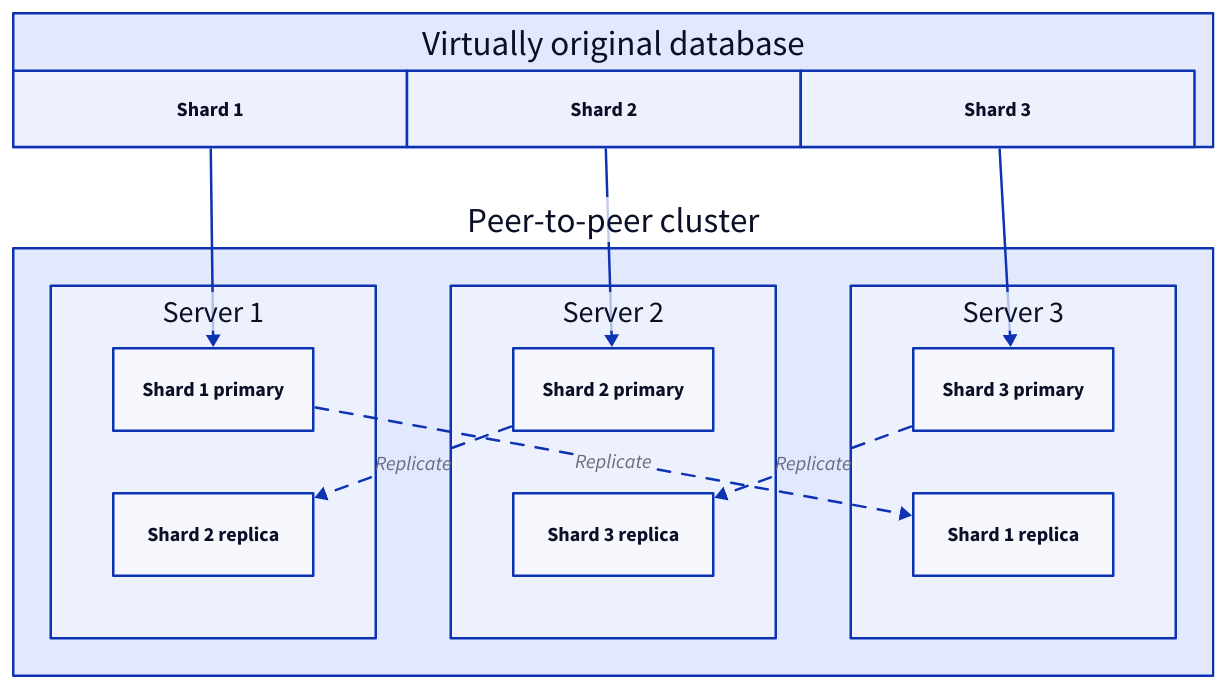
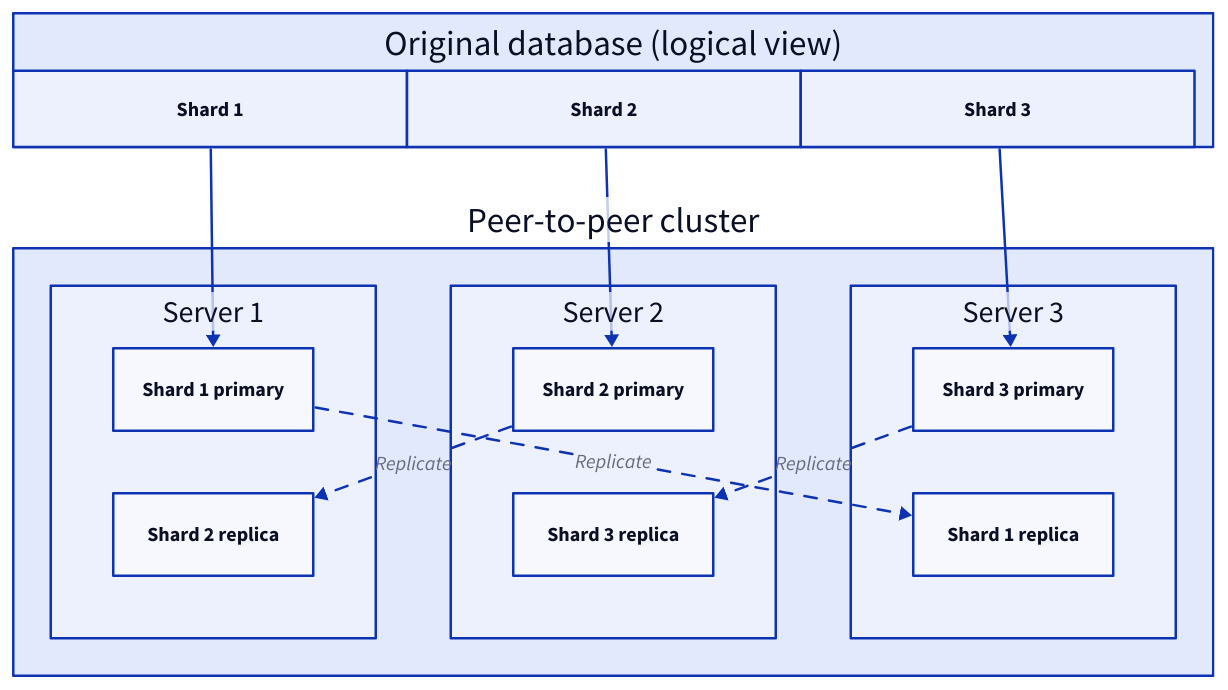
One commit to link1905/system-design-101 changed the third of 10 diagrams in content/data-persistence/distributed-database/peer-to-peer-architecture/_index.md. Above: the diagram before and after it, drawn with D2. The commit also changed other lines of this file and 42 other files, not shown here.

````diff
--- a/content/data-persistence/distributed-database/peer-to-peer-architecture/_index.md
+++ b/content/data-persistence/distributed-database/peer-to-peer-architecture/_index.md
@@ -241,67 +241,67 @@
 ```d2
 classes: {
   part: {
       width: 315
   }
 }
 grid-columns: 1
-db: Virtually original database {
+db: Original database (logical view) {
   direction: right
   grid-gap: 0
   grid-columns: 3
   p1: Shard 1 {
     class: part
   }
   p2: Shard 2 {
     class: part
   }
   p3: Shard 3 {
     class: part
   }
 }
 
 peer: Peer-to-peer cluster {
   s1: "Server 1" {
     grid-gap: 50
     grid-columns: 1
     p1: Shard 1 primary {
       class: db
     }
     p2: Shard 2 replica {
       class: db
     }
   }
   s2: "Server 2" {
     grid-gap: 50
     grid-columns: 1
     p1: Shard 2 primary {
       class: db
     }
     p2: Shard 3 replica {
       class: db
     }
   }
   s3: "Server 3" {
     grid-gap: 50
     grid-columns: 1
     p1: Shard 3 primary {
       class: db
     }
     p2: Shard 1 replica {
       class: db
     }
   }
   s1.p1 -> s3.p2: Replicate {
     style.animated: true
   }
   s2.p1 -> s1.p2: Replicate {
     style.animated: true
   }
   s3.p1 -> s2.p2: Replicate {
     style.animated: true
   }
 }
 db.p1 -> peer.s1.p1
 db.p2 -> peer.s2.p1
 db.p3 -> peer.s3.p1
 ```
````
